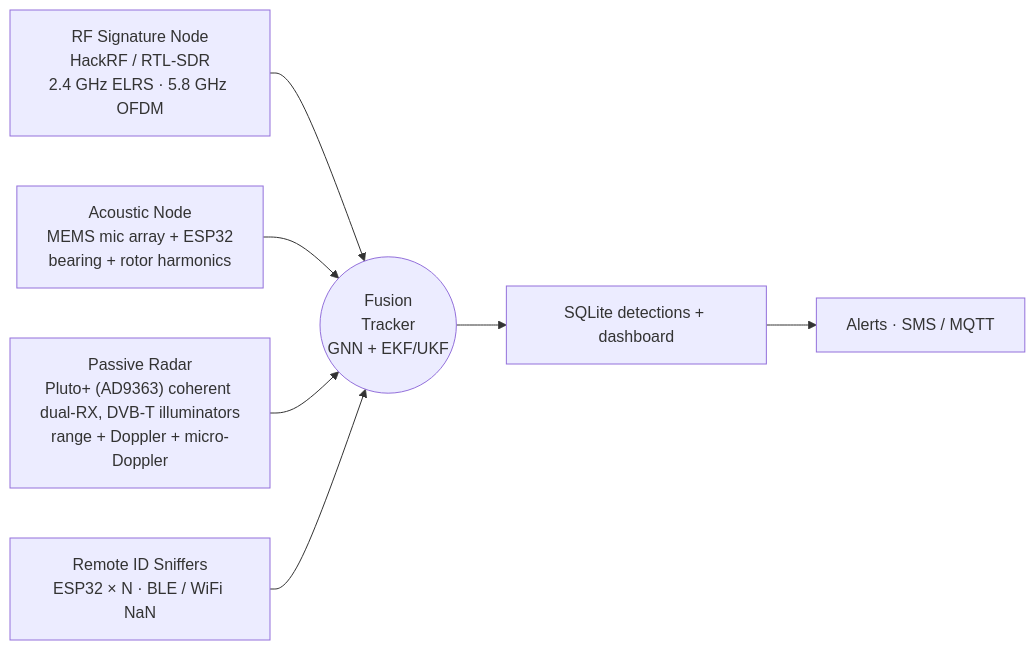
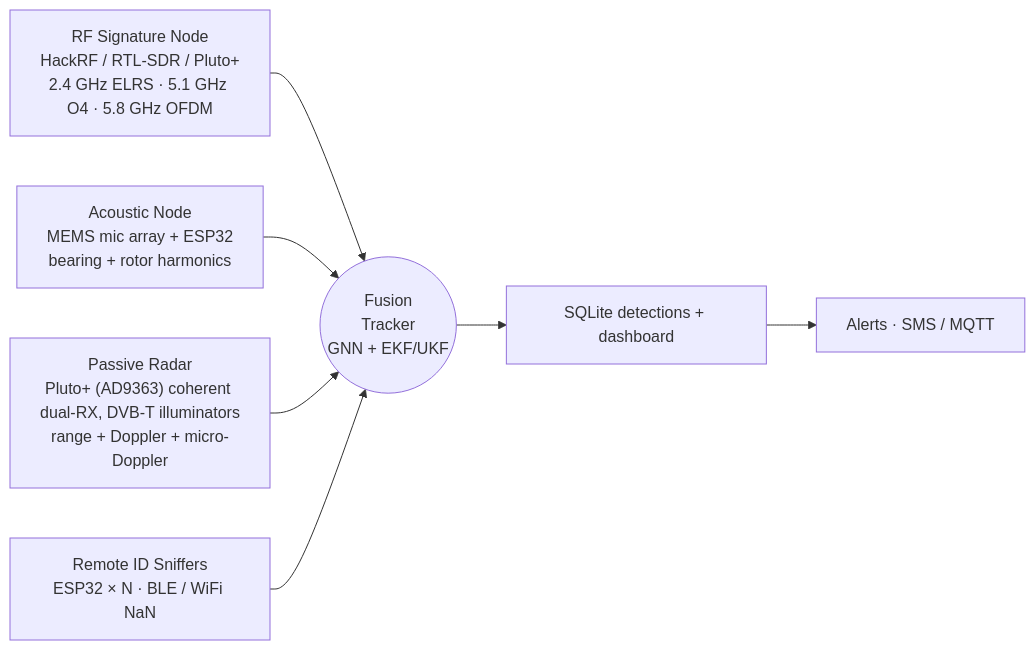
One commit to juanmicl/tacet changed the diagram in README.md. Above: the diagram before and after it, drawn with Mermaid. The commit also changed other lines of this file and 1 other file, not shown here.

Commit message:
docs(readme): reflect measured O4, benchmark, and the backends architecture

````diff
--- a/README.md
+++ b/README.md
@@ -72,9 +92,9 @@
 ```mermaid
 flowchart LR
-    RF[RF Signature Node<br/>HackRF / RTL-SDR<br/>2.4 GHz ELRS · 5.8 GHz OFDM] --> F((Fusion<br/>Tracker<br/>GNN + EKF/UKF))
+    RF[RF Signature Node<br/>HackRF / RTL-SDR / Pluto+<br/>2.4 GHz ELRS · 5.1 GHz O4 · 5.8 GHz OFDM] --> F((Fusion<br/>Tracker<br/>GNN + EKF/UKF))
     AC[Acoustic Node<br/>MEMS mic array + ESP32<br/>bearing + rotor harmonics] --> F
     PR["Passive Radar<br/>Pluto+ (AD9363) coherent dual-RX, DVB-T illuminators<br/>range + Doppler + micro-Doppler"] --> F
     RID[Remote ID Sniffers<br/>ESP32 × N · BLE / WiFi NaN] --> F
     F --> D[SQLite detections + dashboard]
     D --> A[Alerts · SMS / MQTT]
 ```
````
